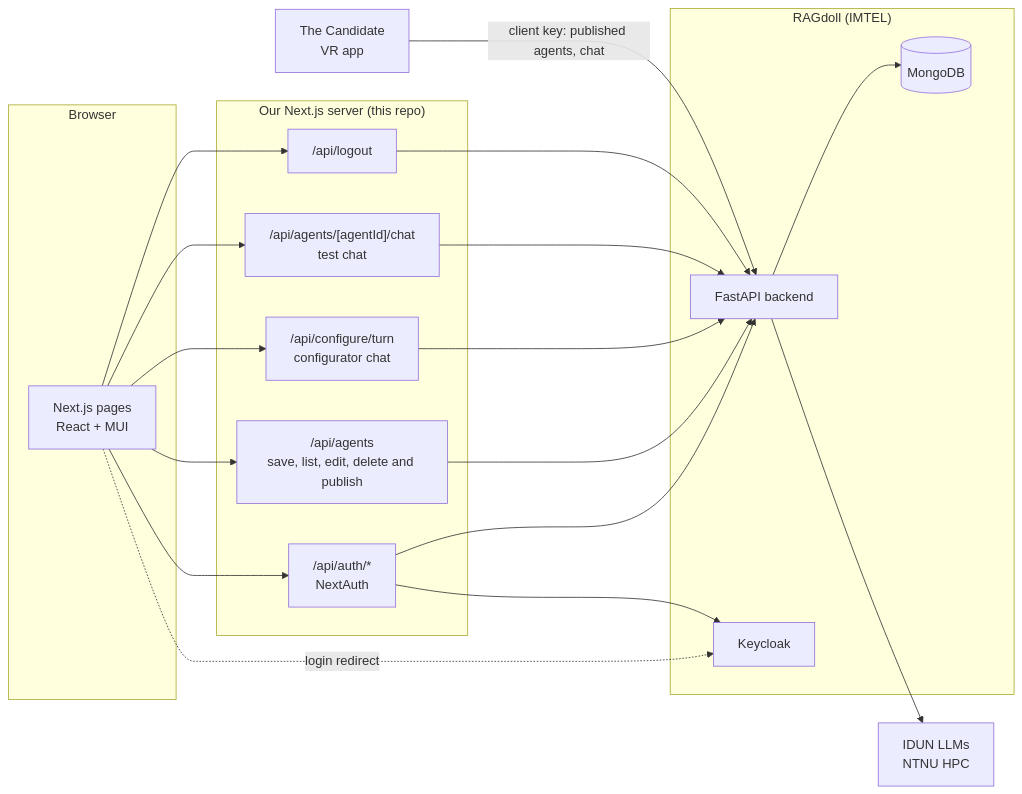
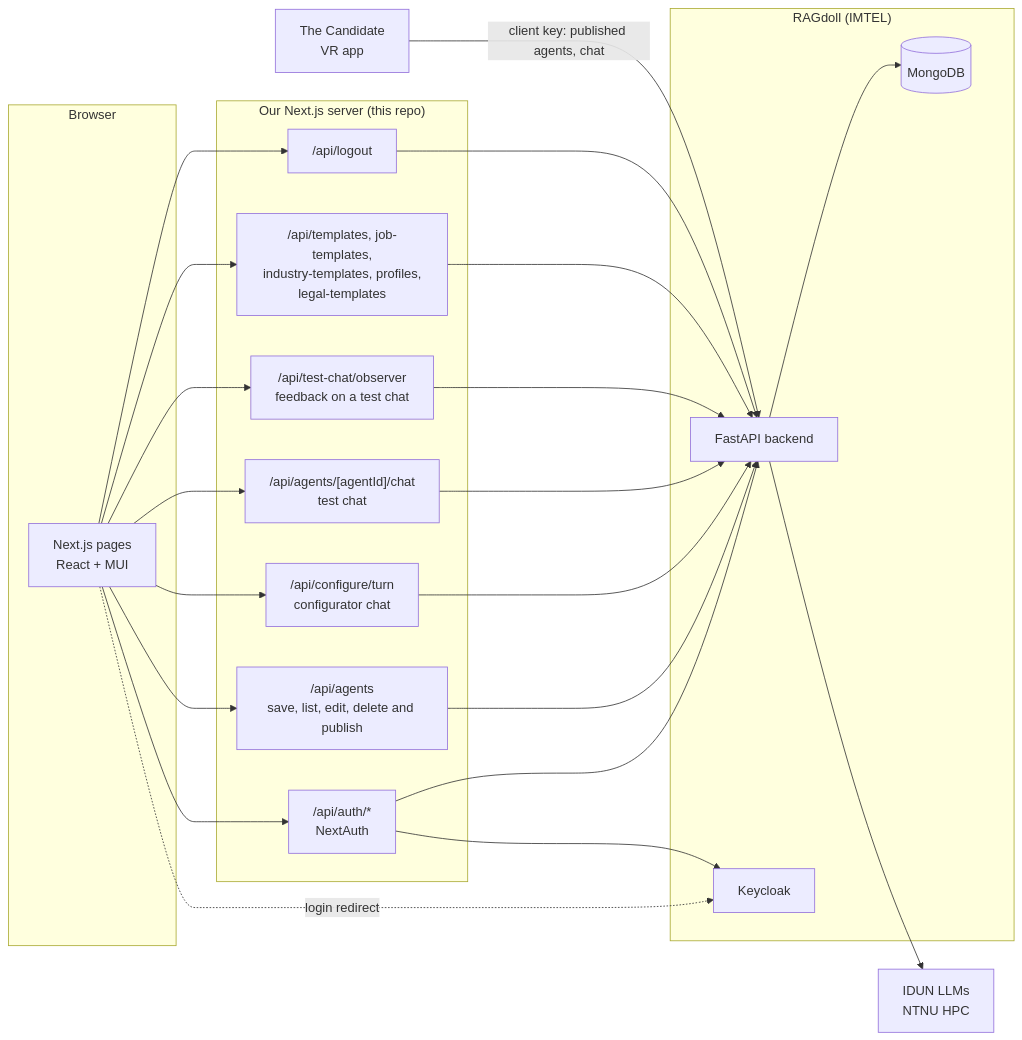
Before and after one commit to IMTEL/team-tdt4290-fall-2026: the first of 9 diagrams in docs/architecture.md, drawn with Mermaid. The commit also changed other lines of this file, not shown here.

````diff
--- a/docs/architecture.md
+++ b/docs/architecture.md
@@ -30,35 +32,39 @@
 ```mermaid
 flowchart LR
     subgraph Browser
         UI[Next.js pages<br/>React + MUI]
     end
 
     subgraph Frontend["Our Next.js server (this repo)"]
         Agents["/api/agents<br/>save, list, edit, delete and publish"]
         Turn["/api/configure/turn<br/>configurator chat"]
         Chat["/api/agents/[agentId]/chat<br/>test chat"]
+        Observer["/api/test-chat/observer<br/>feedback on a test chat"]
+        Templates["/api/templates, job-templates,<br/>industry-templates, profiles,<br/>legal-templates"]
         Auth["/api/auth/*<br/>NextAuth"]
         Logout["/api/logout"]
     end
 
     subgraph RAGdoll["RAGdoll (IMTEL)"]
         API[FastAPI backend]
         KC[Keycloak]
         DB[(MongoDB)]
     end
 
     IDUN[IDUN LLMs<br/>NTNU HPC]
     TC[The Candidate<br/>VR app]
 
-    UI --> Agents & Turn & Chat & Auth & Logout
+    UI --> Agents & Turn & Chat & Observer & Templates & Auth & Logout
     UI -. login redirect .-> KC
     Auth --> KC
     Auth --> API
     Agents --> API
     Turn --> API
     Chat --> API
+    Observer --> API
+    Templates --> API
     Logout --> API
     API --> DB
     API --> IDUN
     TC -- "client key: published agents, chat" --> API
 ```
````
